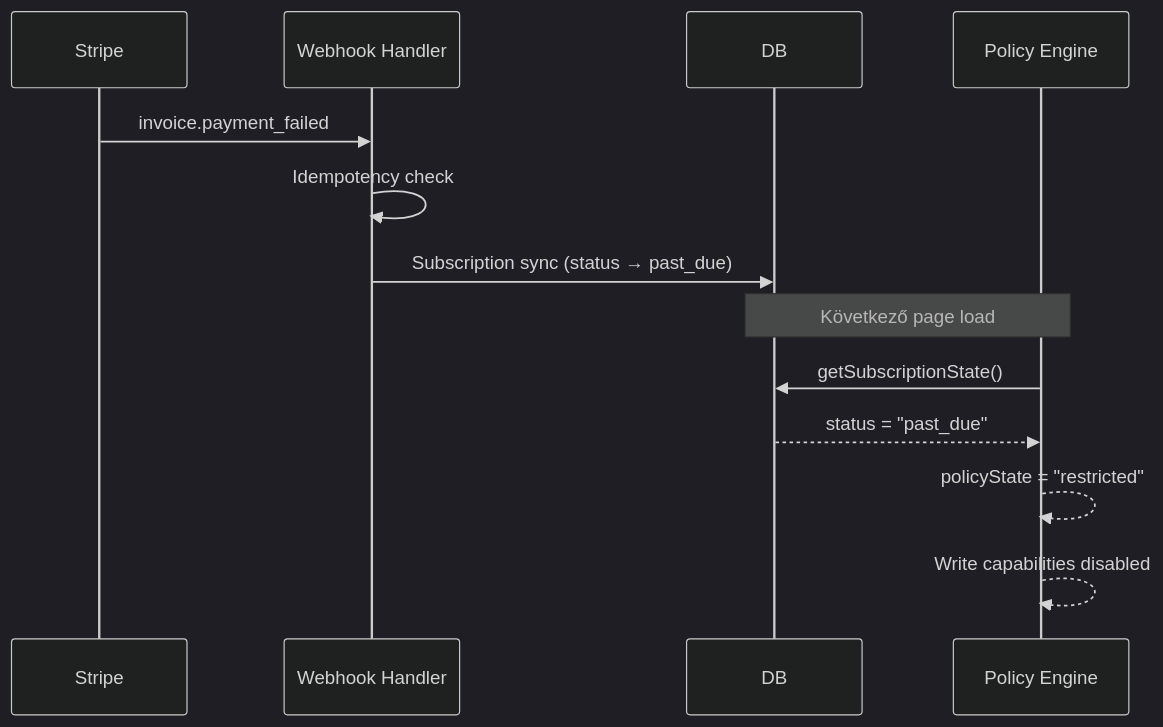
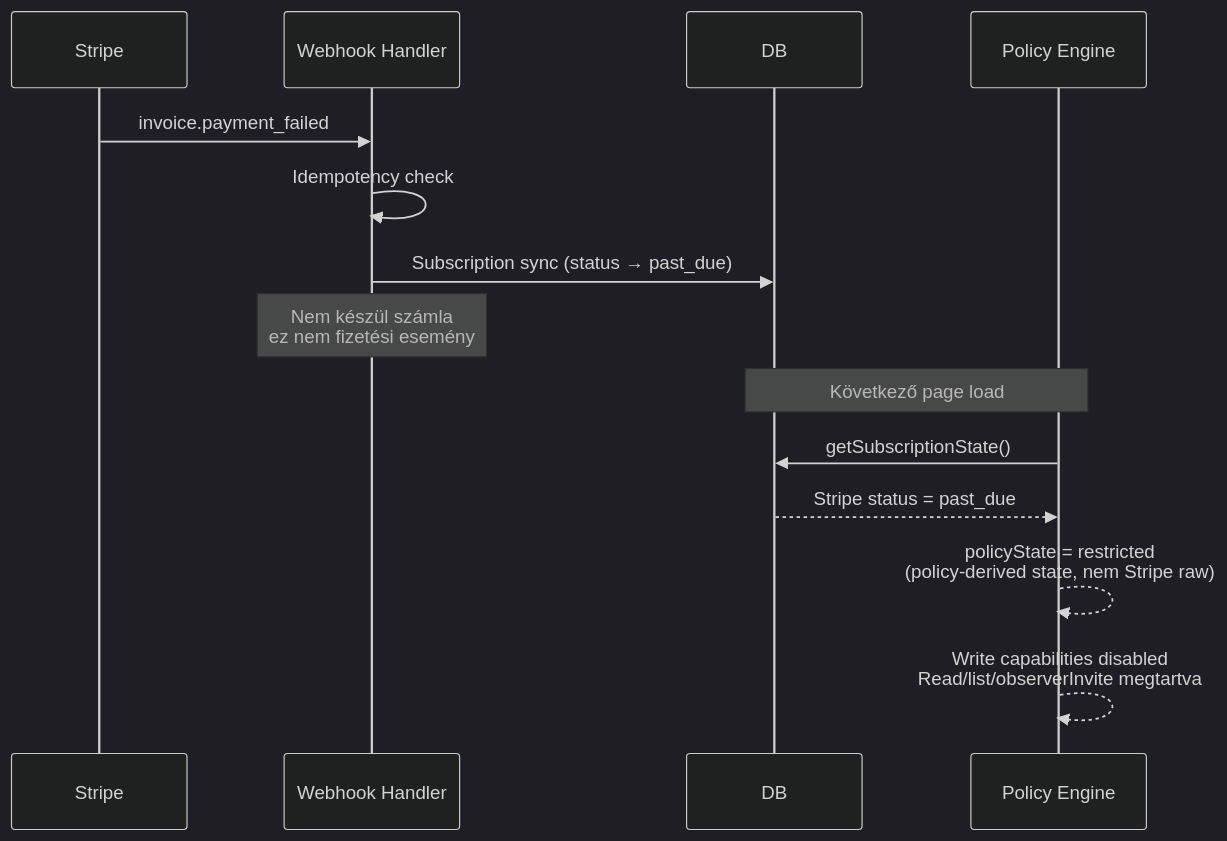
Before and after one commit to oknilik/trita_core: the fifth of 8 diagrams in docs/architecture/billing-architecture-diagrams.md, drawn with Mermaid (dark theme). The commit also changed other lines of this file, not shown here.

First line of the commit message:
docs: billing architecture diagrams v2 — review-based refinements

````diff
--- a/docs/architecture/billing-architecture-diagrams.md
+++ b/docs/architecture/billing-architecture-diagrams.md
@@ -232,17 +305,19 @@
 ```mermaid
 sequenceDiagram
     participant Stripe
     participant WH as Webhook Handler
     participant DB
     participant PolicyEngine as Policy Engine
 
     Stripe->>WH: invoice.payment_failed
     WH->>WH: Idempotency check
     WH->>DB: Subscription sync (status → past_due)
 
+    Note over WH: Nem készül számla<br/>ez nem fizetési esemény
+
     Note over DB,PolicyEngine: Következő page load
     PolicyEngine->>DB: getSubscriptionState()
-    DB-->>PolicyEngine: status = "past_due"
-    PolicyEngine-->>PolicyEngine: policyState = "restricted"
-    PolicyEngine-->>PolicyEngine: Write capabilities disabled
+    DB-->>PolicyEngine: Stripe status = past_due
+    PolicyEngine-->>PolicyEngine: policyState = restricted<br/>(policy-derived state, nem Stripe raw)
+    PolicyEngine-->>PolicyEngine: Write capabilities disabled<br/>Read/list/observerInvite megtartva
 ```
````
